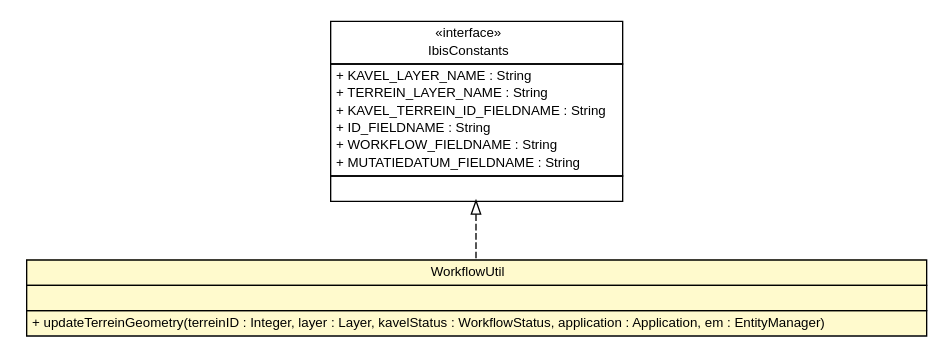
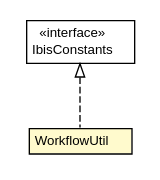
One commit to B3Partners/flamingo-ibis changed the diagram in ibis-viewer/apidocs/nl/b3p/viewer/ibis/util/WorkflowUtil.dot. Above: the diagram before and after it, drawn with Graphviz. The commit also changed 145 other files, not shown here.

```diff
--- a/ibis-viewer/apidocs/nl/b3p/viewer/ibis/util/WorkflowUtil.dot
+++ b/ibis-viewer/apidocs/nl/b3p/viewer/ibis/util/WorkflowUtil.dot
@@ -1,44 +1,27 @@
 #!/usr/local/bin/dot
 #
 # Class diagram 
 # Generated by UMLGraph version R5_6-24-gf6e263 (http://www.umlgraph.org/)
 #
 
 digraph G {
 	edge [fontname="Helvetica",fontsize=10,labelfontname="Helvetica",labelfontsize=10];
 	node [fontname="Helvetica",fontsize=10,shape=plaintext];
 	nodesep=0.25;
 	ranksep=0.5;
 	// nl.b3p.viewer.ibis.util.WorkflowUtil
-	c301 [label=<<table title="nl.b3p.viewer.ibis.util.WorkflowUtil" border="0" cellborder="1" cellspacing="0" cellpadding="2" port="p" bgcolor="lemonChiffon" href="./WorkflowUtil.html">
+	c263 [label=<<table title="nl.b3p.viewer.ibis.util.WorkflowUtil" border="0" cellborder="1" cellspacing="0" cellpadding="2" port="p" bgcolor="lemonChiffon" href="./WorkflowUtil.html">
 		<tr><td><table border="0" cellspacing="0" cellpadding="1">
 <tr><td align="center" balign="center"> WorkflowUtil </td></tr>
 		</table></td></tr>
-		<tr><td><table border="0" cellspacing="0" cellpadding="1">
-<tr><td align="left" balign="left">  </td></tr>
-		</table></td></tr>
-		<tr><td><table border="0" cellspacing="0" cellpadding="1">
-<tr><td align="left" balign="left"> + updateTerreinGeometry(terreinID : Integer, layer : Layer, kavelStatus : WorkflowStatus, application : Application, em : EntityManager) </td></tr>
-		</table></td></tr>
 		</table>>, URL="./WorkflowUtil.html", fontname="Helvetica", fontcolor="black", fontsize=10.0];
 	// nl.b3p.viewer.ibis.util.IbisConstants
-	c303 [label=<<table title="nl.b3p.viewer.ibis.util.IbisConstants" border="0" cellborder="1" cellspacing="0" cellpadding="2" port="p" href="./IbisConstants.html">
+	c265 [label=<<table title="nl.b3p.viewer.ibis.util.IbisConstants" border="0" cellborder="1" cellspacing="0" cellpadding="2" port="p" href="./IbisConstants.html">
 		<tr><td><table border="0" cellspacing="0" cellpadding="1">
 <tr><td align="center" balign="center"> &#171;interface&#187; </td></tr>
 <tr><td align="center" balign="center"> IbisConstants </td></tr>
 		</table></td></tr>
-		<tr><td><table border="0" cellspacing="0" cellpadding="1">
-<tr><td align="left" balign="left"> + KAVEL_LAYER_NAME : String </td></tr>
-<tr><td align="left" balign="left"> + TERREIN_LAYER_NAME : String </td></tr>
-<tr><td align="left" balign="left"> + KAVEL_TERREIN_ID_FIELDNAME : String </td></tr>
-<tr><td align="left" balign="left"> + ID_FIELDNAME : String </td></tr>
-<tr><td align="left" balign="left"> + WORKFLOW_FIELDNAME : String </td></tr>
-<tr><td align="left" balign="left"> + MUTATIEDATUM_FIELDNAME : String </td></tr>
-		</table></td></tr>
-		<tr><td><table border="0" cellspacing="0" cellpadding="1">
-<tr><td align="left" balign="left">  </td></tr>
-		</table></td></tr>
 		</table>>, URL="./IbisConstants.html", fontname="Helvetica", fontcolor="black", fontsize=10.0];
 	//nl.b3p.viewer.ibis.util.WorkflowUtil implements nl.b3p.viewer.ibis.util.IbisConstants
-	c303:p -> c301:p [dir=back,arrowtail=empty,style=dashed];
+	c265:p -> c263:p [dir=back,arrowtail=empty,style=dashed];
 }
```
